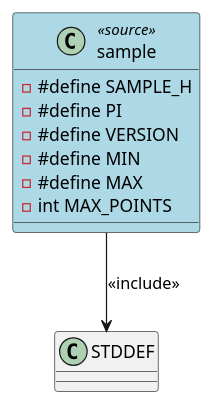
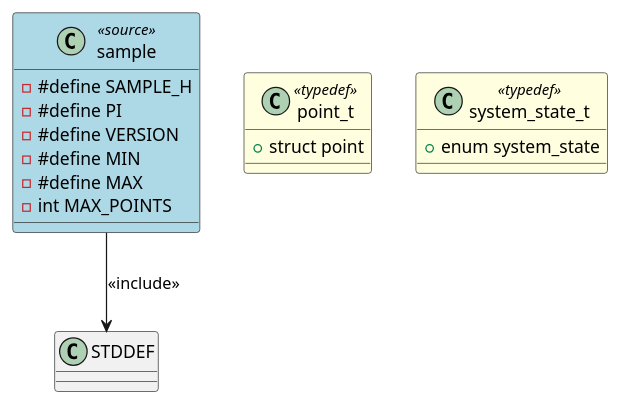
The diagram in test_plantuml_output/sample.puml (fischerjooo/c2puml), drawn with PlantUML before and after one commit. The commit also changed 10 other files, not shown here.

Commit message:
Refactor parser and analyzer with improved parsing and simplified architecture

```diff
--- a/test_plantuml_output/sample.puml
+++ b/test_plantuml_output/sample.puml
@@ -1,15 +1,25 @@
 @startuml sample
 
 class "sample" as SAMPLE <<source>> #LightBlue
 {
     - #define SAMPLE_H
     - #define PI
     - #define VERSION
     - #define MIN
     - #define MAX
     - int MAX_POINTS
 }
 
+class "point_t" as POINT_T <<typedef>> #LightYellow
+{
+    + struct point
+}
+
+class "system_state_t" as SYSTEM_STATE_T <<typedef>> #LightYellow
+{
+    + enum system_state
+}
+
 SAMPLE --> STDDEF : <<include>>
 
 @enduml
```
